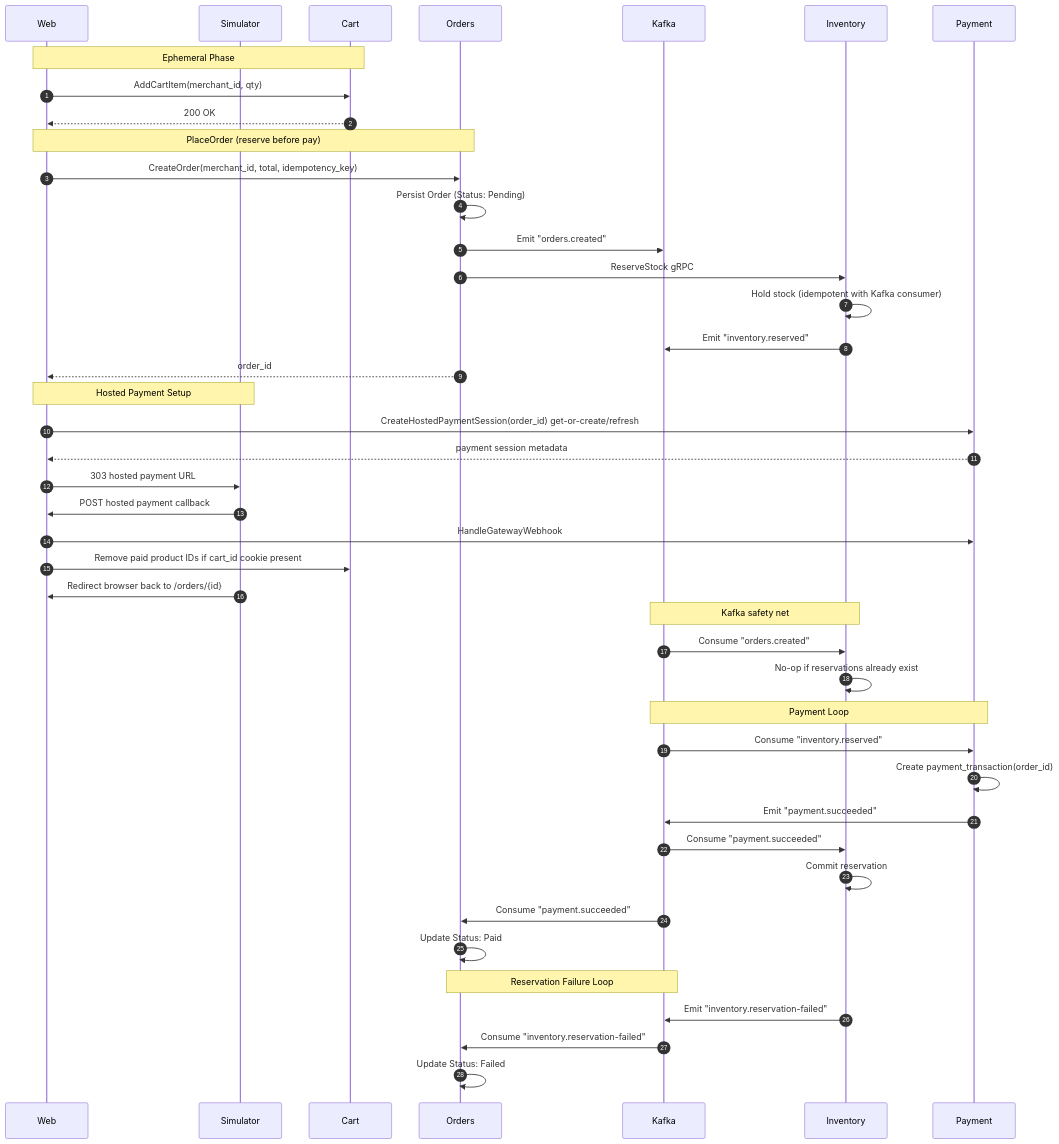
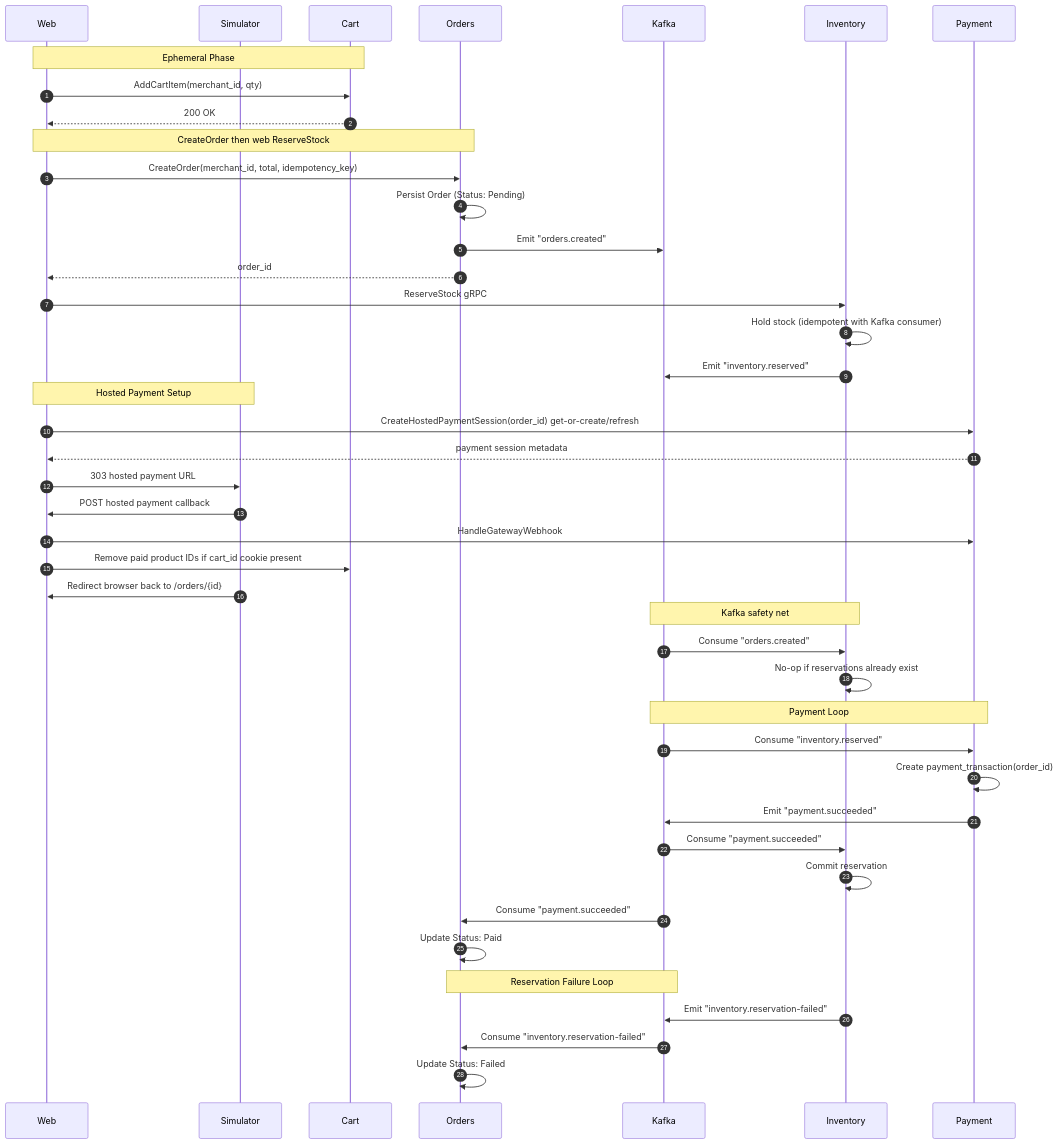
One commit to phuchoang2603/refurbished-marketplace changed the diagram in docs/order-placement.md. Above: the diagram before and after it, drawn with Mermaid. The commit also changed other lines of this file and 27 other files, not shown here.

First line of the commit message:
Web orchestrates ReserveStock before hosted payment (#51)

````diff
--- a/docs/order-placement.md
+++ b/docs/order-placement.md
@@ -14,51 +14,51 @@
 ```mermaid
 sequenceDiagram
     autonumber
     participant WEB as Web
     participant SIM as Simulator
     participant CRT as Cart
     participant ORD as Orders
     participant K as Kafka
     participant INV as Inventory
     participant PAY as Payment
 
     Note over WEB, CRT: Ephemeral Phase
     WEB->>CRT: AddCartItem(merchant_id, qty)
     CRT-->>WEB: 200 OK
 
-    Note over WEB, ORD: PlaceOrder (reserve before pay)
+    Note over WEB, ORD: CreateOrder then web ReserveStock
     WEB->>ORD: CreateOrder(merchant_id, total, idempotency_key)
     ORD->>ORD: Persist Order (Status: Pending)
     ORD->>K: Emit "orders.created"
-    ORD->>INV: ReserveStock gRPC
+    ORD-->>WEB: order_id
+    WEB->>INV: ReserveStock gRPC
     INV->>INV: Hold stock (idempotent with Kafka consumer)
     INV->>K: Emit "inventory.reserved"
-    ORD-->>WEB: order_id
 
     Note over WEB, SIM: Hosted Payment Setup
     WEB->>PAY: CreateHostedPaymentSession(order_id) get-or-create/refresh
     PAY-->>WEB: payment session metadata
     WEB->>SIM: 303 hosted payment URL
     SIM->>WEB: POST hosted payment callback
     WEB->>PAY: HandleGatewayWebhook
     WEB->>CRT: Remove paid product IDs if cart_id cookie present
     SIM->>WEB: Redirect browser back to /orders/{id}
 
     Note over K, INV: Kafka safety net
     K->>INV: Consume "orders.created"
     INV->>INV: No-op if reservations already exist
 
     Note over K, PAY: Payment Loop
     K->>PAY: Consume "inventory.reserved"
     PAY->>PAY: Create payment_transaction(order_id)
     PAY->>K: Emit "payment.succeeded"
     K->>INV: Consume "payment.succeeded"
     INV->>INV: Commit reservation
     K->>ORD: Consume "payment.succeeded"
     ORD->>ORD: Update Status: Paid
 
     Note over K, ORD: Reservation Failure Loop
     INV->>K: Emit "inventory.reservation-failed"
     K->>ORD: Consume "inventory.reservation-failed"
     ORD->>ORD: Update Status: Failed
 ```
````
